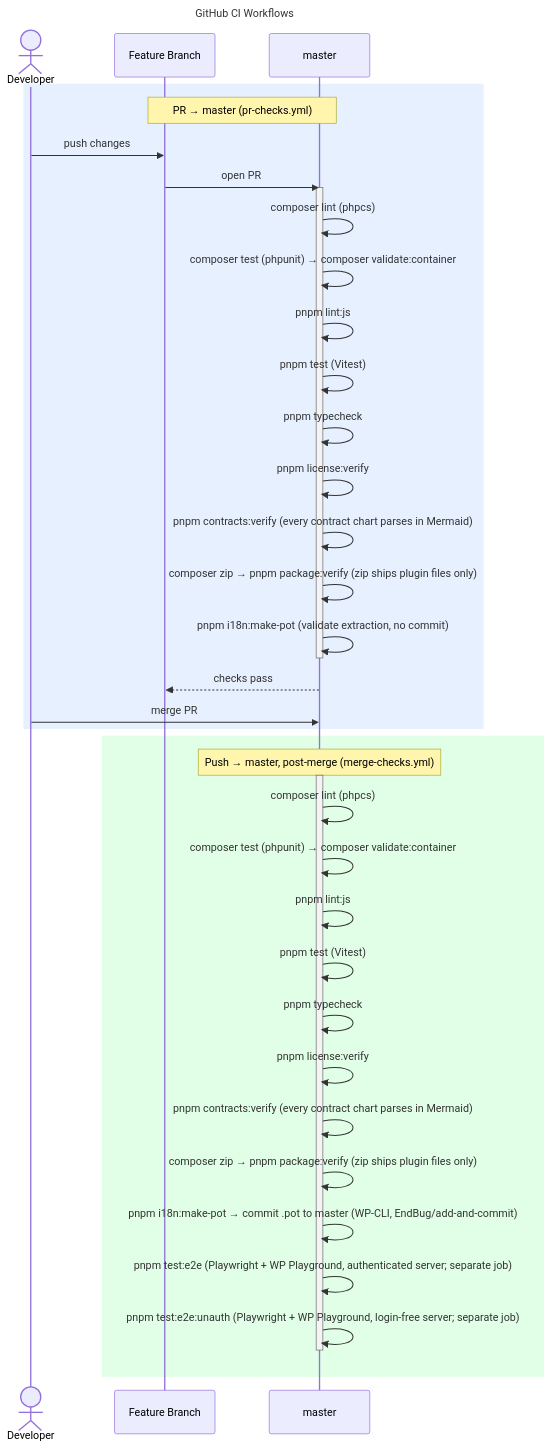
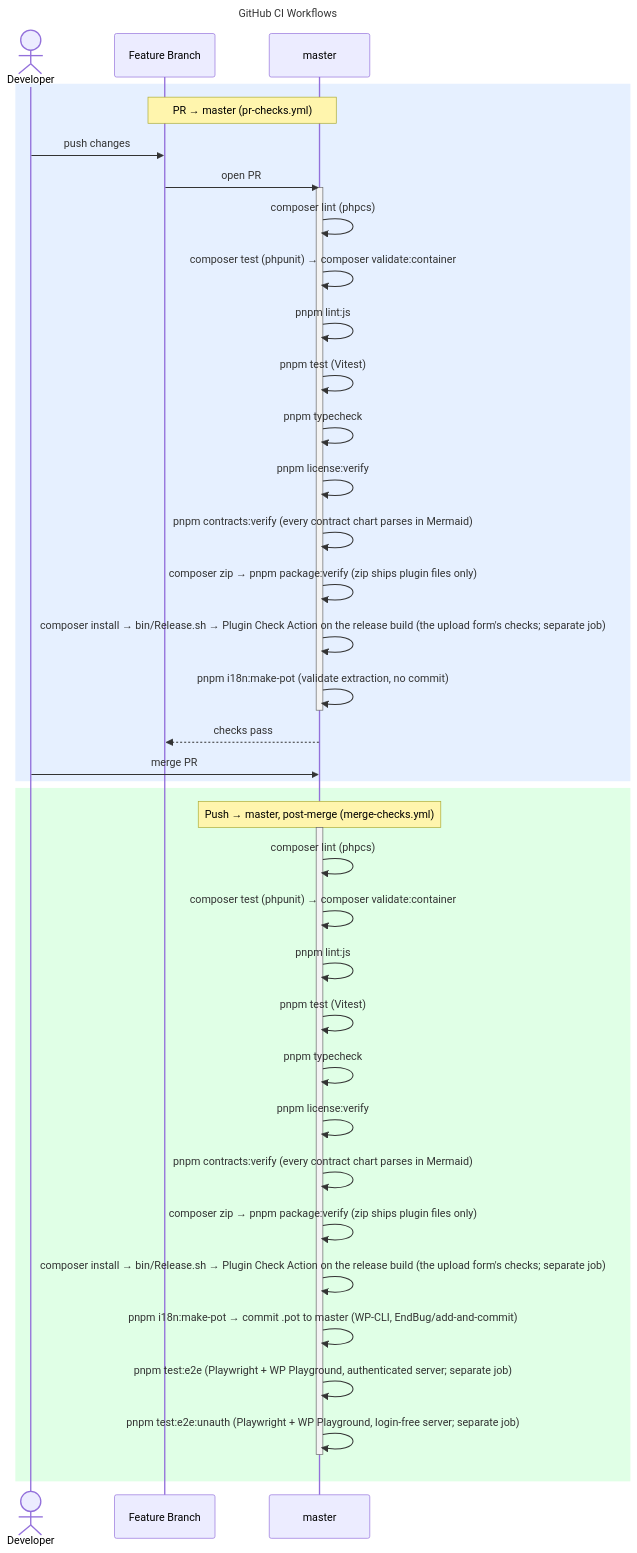
The diagram in docs/contracts/ci-workflow.mmd (erdembircan/battery-surf-bench), drawn with Mermaid before and after one commit. The commit also changed 36 other files, not shown here.

```diff
--- a/docs/contracts/ci-workflow.mmd
+++ b/docs/contracts/ci-workflow.mmd
@@ -1,46 +1,48 @@
 ---
 title: GitHub CI Workflows
 ---
 %% Characters Mermaid would misread inside a label are written as entity codes,
 %% which render as the character itself: #58; ':', #59; ';', #40; '(', #41; ')',
 %% #123; '{', #125; '}'. See "Keeping Charts Parseable" in CLAUDE.md.
 sequenceDiagram
     actor Dev as Developer
     participant FB as Feature Branch
     participant M as master
 
     rect rgb(230, 240, 255)
         Note over FB,M: PR → master (pr-checks.yml)
         Dev->>FB: push changes
         FB->>M: open PR
         activate M
         M->>M: composer lint (phpcs)
         M->>M: composer test (phpunit) → composer validate:container
         M->>M: pnpm lint:js
         M->>M: pnpm test (Vitest)
         M->>M: pnpm typecheck
         M->>M: pnpm license:verify
         M->>M: pnpm contracts:verify (every contract chart parses in Mermaid)
         M->>M: composer zip → pnpm package:verify (zip ships plugin files only)
+        M->>M: composer install → bin/Release.sh → Plugin Check Action on the release build (the upload form's checks#59; separate job)
         M->>M: pnpm i18n:make-pot (validate extraction, no commit)
         deactivate M
         M-->>FB: checks pass
         Dev->>M: merge PR
     end
 
     rect rgb(224, 255, 230)
         Note over M: Push → master, post-merge (merge-checks.yml)
         activate M
         M->>M: composer lint (phpcs)
         M->>M: composer test (phpunit) → composer validate:container
         M->>M: pnpm lint:js
         M->>M: pnpm test (Vitest)
         M->>M: pnpm typecheck
         M->>M: pnpm license:verify
         M->>M: pnpm contracts:verify (every contract chart parses in Mermaid)
         M->>M: composer zip → pnpm package:verify (zip ships plugin files only)
+        M->>M: composer install → bin/Release.sh → Plugin Check Action on the release build (the upload form's checks#59; separate job)
         M->>M: pnpm i18n:make-pot → commit .pot to master (WP-CLI, EndBug/add-and-commit)
         M->>M: pnpm test:e2e (Playwright + WP Playground, authenticated server#59; separate job)
         M->>M: pnpm test:e2e:unauth (Playwright + WP Playground, login-free server#59; separate job)
         deactivate M
     end
```
